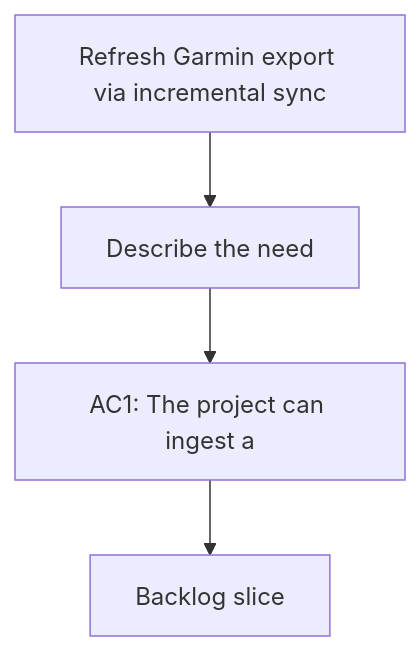
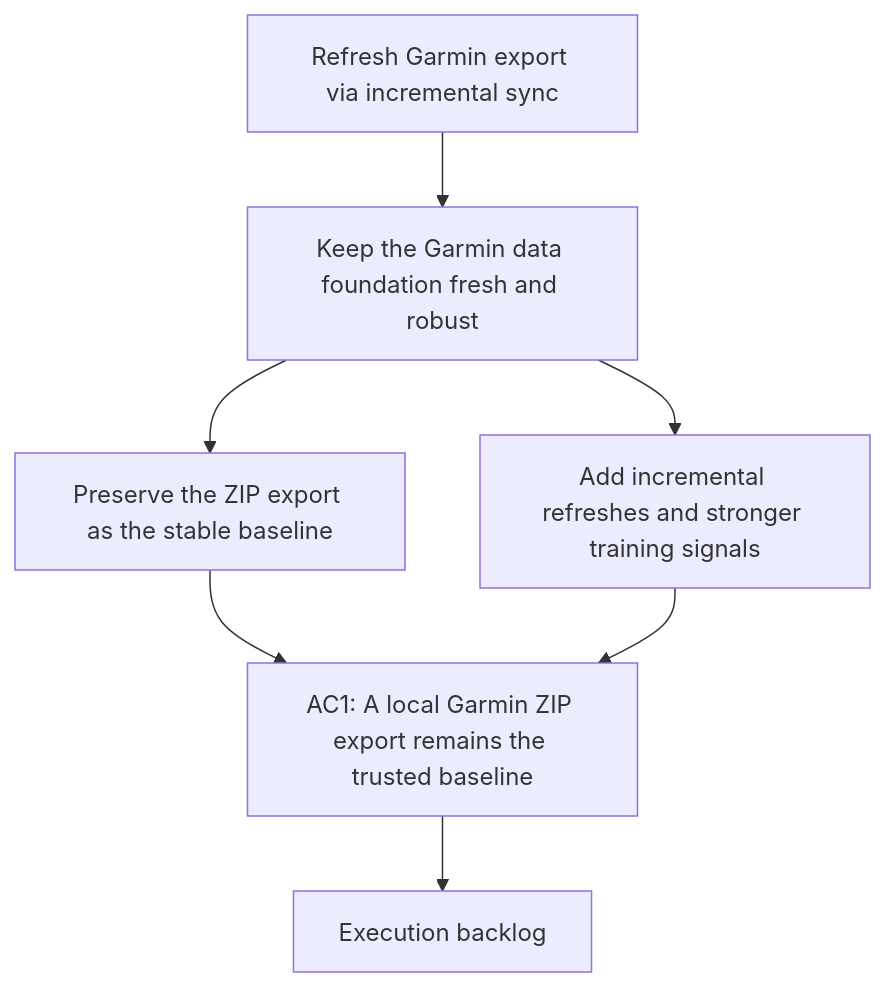
One commit to Jilanos/Coach_garmin changed the diagram in logics/request/req_010_refresh_garmin_export_via_incremental_sync_and_harden_training_data_foundation.md. Above: the diagram before and after it, drawn with Mermaid. The commit also changed other lines of this file and 15 other files, not shown here.

````diff
--- a/logics/request/req_010_refresh_garmin_export_via_incremental_sync_and_harden_training_data_foundation.md
+++ b/logics/request/req_010_refresh_garmin_export_via_incremental_sync_and_harden_training_data_foundation.md
@@ -51,8 +51,11 @@
 ```mermaid
 %% logics-kind: request
 %% logics-signature: request|refresh-garmin-export-via-incremental-sy|describe-the-need|ac1-the-project-can-ingest-a
 flowchart TD
-    Trigger[Refresh Garmin export via incremental sync] --> Need[Describe the need]
-    Need --> Outcome[AC1: The project can ingest a]
-    Outcome --> Backlog[Backlog slice]
+    Trigger[Refresh Garmin export via incremental sync] --> Need[Keep the Garmin data foundation fresh and robust]
+    Need --> Baseline[Preserve the ZIP export as the stable baseline]
+    Need --> Refresh[Add incremental refreshes and stronger training signals]
+    Baseline --> Outcome[AC1: A local Garmin ZIP export remains the trusted baseline]
+    Refresh --> Outcome
+    Outcome --> Backlog[Execution backlog]
 ```
````
